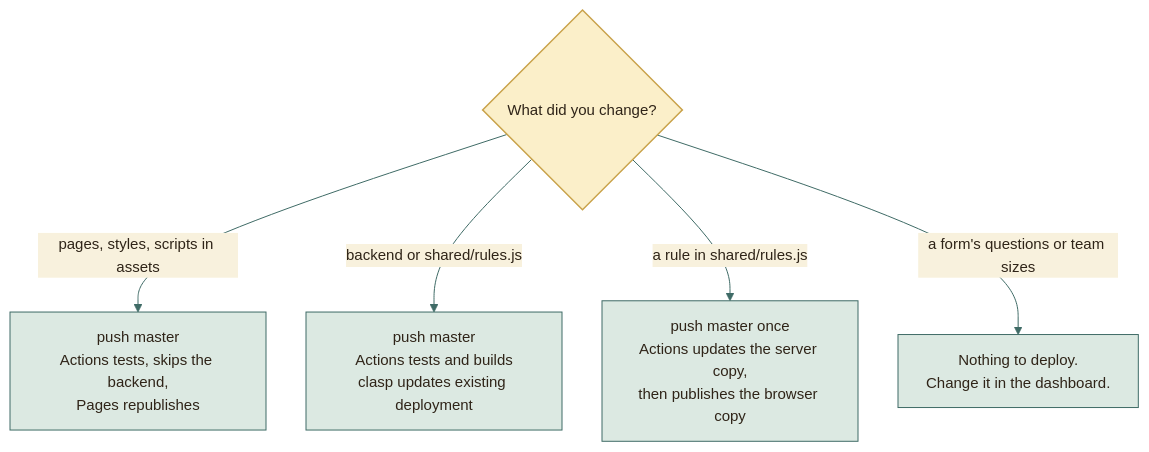
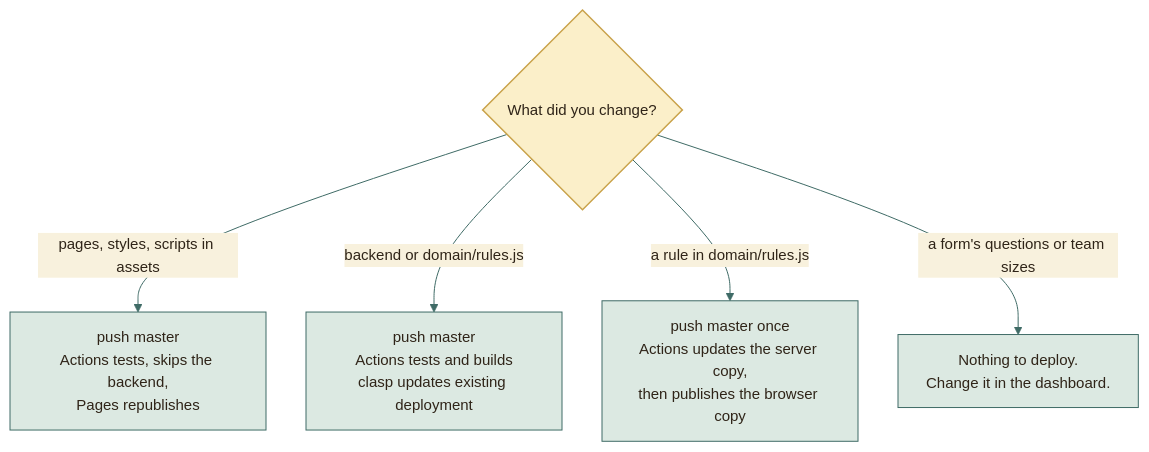
Before and after one commit to moyeh04/forms-platform: the fourth of 4 diagrams in docs/architecture/HOSTING.md, drawn with Mermaid. The commit also changed other lines of this file and 69 other files, not shown here.

````diff
--- a/docs/architecture/HOSTING.md
+++ b/docs/architecture/HOSTING.md
@@ -242,37 +244,37 @@
 ```mermaid
 %%{init: {
   'theme': 'base',
   'themeVariables': {
     'fontFamily': 'ui-sans-serif, system-ui, -apple-system, Segoe UI, Roboto, sans-serif',
     'fontSize': '15px',
     'primaryColor': '#DCE9E2', 'primaryBorderColor': '#3F6B66', 'primaryTextColor': '#2F2418',
     'secondaryColor': '#F0E4C8', 'secondaryBorderColor': '#C9A24A', 'secondaryTextColor': '#2F2418',
     'tertiaryColor': '#F6EFDC', 'tertiaryBorderColor': '#CDBB94', 'tertiaryTextColor': '#2F2418',
     'lineColor': '#3F6B66', 'textColor': '#2F2418', 'mainBkg': '#DCE9E2', 'nodeBorder': '#3F6B66',
     'clusterBkg': '#F6EFDC', 'clusterBorder': '#CDBB94', 'titleColor': '#2F2418',
     'edgeLabelBackground': '#F8F1DD',
     'actorBkg': '#DCE9E2', 'actorBorder': '#3F6B66', 'actorTextColor': '#2F2418', 'actorLineColor': '#8FB3AB',
     'signalColor': '#477A73', 'signalTextColor': '#477A73',
     'labelBoxBkgColor': '#F0E4C8', 'labelBoxBorderColor': '#C9A24A', 'labelTextColor': '#2F2418', 'loopTextColor': '#6A5A44',
     'noteBkgColor': '#FBEFC9', 'noteBorderColor': '#C9A24A', 'noteTextColor': '#2F2418',
     'activationBkgColor': '#DCE9E2', 'activationBorderColor': '#3F6B66', 'sequenceNumberColor': '#F8F1DD',
     'transitionColor': '#3F6B66', 'stateLabelColor': '#2F2418', 'stateBkg': '#DCE9E2', 'altBackground': '#F6EFDC',
     'attributeBackgroundColorOdd': '#F8F1DD', 'attributeBackgroundColorEven': '#F0E4C8'
   },
   'flowchart': {'curve': 'basis', 'padding': 14, 'nodeSpacing': 40, 'rankSpacing': 46},
   'sequence': {'mirrorActors': false, 'messageMargin': 34, 'boxMargin': 8}
 }}%%
 flowchart TD
     q{"What did you change?"}
     q -- "pages, styles, scripts in assets" --> a1["push master<br/>Actions tests, skips the backend,<br/>Pages republishes"]
-    q -- "backend or shared/rules.js" --> a2["push master<br/>Actions tests and builds<br/>clasp updates existing deployment"]
-    q -- "a rule in shared/rules.js" --> a3["push master once<br/>Actions updates the server copy,<br/>then publishes the browser copy"]
+    q -- "backend or domain/rules.js" --> a2["push master<br/>Actions tests and builds<br/>clasp updates existing deployment"]
+    q -- "a rule in domain/rules.js" --> a3["push master once<br/>Actions updates the server copy,<br/>then publishes the browser copy"]
     q -- "a form's questions or team sizes" --> a4["Nothing to deploy.<br/>Change it in the dashboard."]
     classDef cDb fill:#F3E2B3,stroke:#B8892D,stroke-width:1.5px,color:#2F2418
     classDef cActor fill:#F4D9D3,stroke:#9A3328,stroke-width:1.5px,color:#2F2418
     classDef cDec fill:#FBEFC9,stroke:#C9A24A,stroke-width:1.5px,color:#2F2418
     classDef cEnd fill:#2F2418,stroke:#2F2418,color:#F8F1DD
     classDef cErr fill:#F6D5CF,stroke:#A12B1F,stroke-width:1.5px,color:#5A140C
     classDef cOk fill:#BFD9CF,stroke:#2E5A55,stroke-width:1.5px,color:#17302D
     class q cDec
 ```
````
